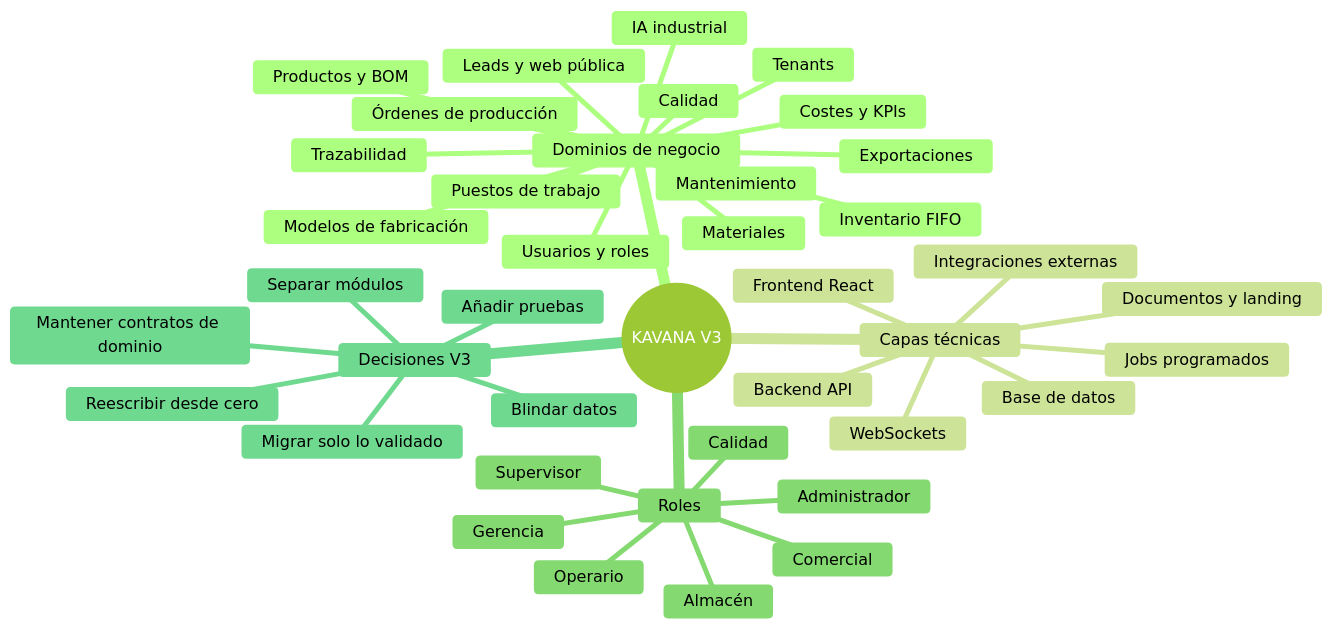
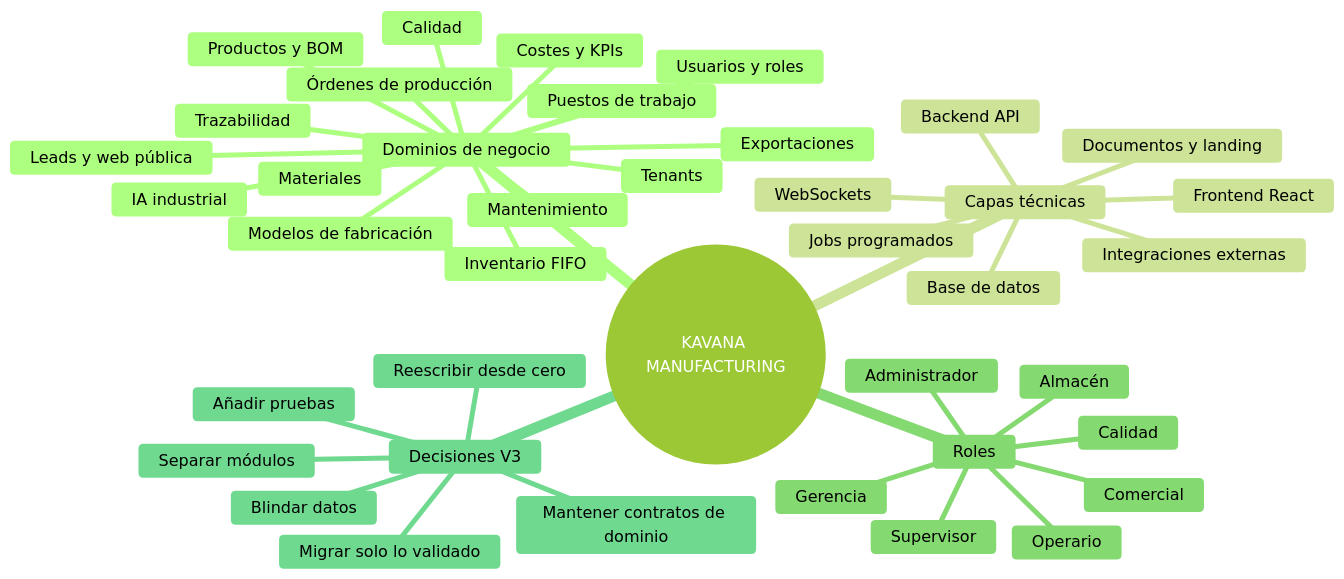
The first of 7 diagrams in KAVANA V3 JUNIO 2026/AUDITORIA_TECNICA_SENIOR_KAVANA_V3.md (kavanasystemsinfo-ui/kavana-manufacturing), drawn with Mermaid (forest theme) before and after one commit. The commit also changed other lines of this file and 157 other files, not shown here.

````diff
--- a/KAVANA V3 JUNIO 2026/AUDITORIA_TECNICA_SENIOR_KAVANA_V3.md
+++ b/KAVANA V3 JUNIO 2026/AUDITORIA_TECNICA_SENIOR_KAVANA_V3.md
@@ -32,43 +32,43 @@
 ```mermaid
 mindmap
-  root((KAVANA V3))
+  root((KAVANA MANUFACTURING))
     Dominios de negocio
       Tenants
       Usuarios y roles
       Puestos de trabajo
       Modelos de fabricación
       Productos y BOM
       Órdenes de producción
       Trazabilidad
       Inventario FIFO
       Materiales
       Calidad
       Mantenimiento
       Costes y KPIs
       IA industrial
       Exportaciones
       Leads y web pública
     Capas técnicas
       Frontend React
       Backend API
       Base de datos
       WebSockets
       Jobs programados
       Integraciones externas
       Documentos y landing
     Roles
       Operario
       Supervisor
       Gerencia
       Administrador
       Almacén
       Calidad
       Comercial
     Decisiones V3
       Reescribir desde cero
       Mantener contratos de dominio
       Migrar solo lo validado
       Separar módulos
       Añadir pruebas
       Blindar datos
 ```
````
